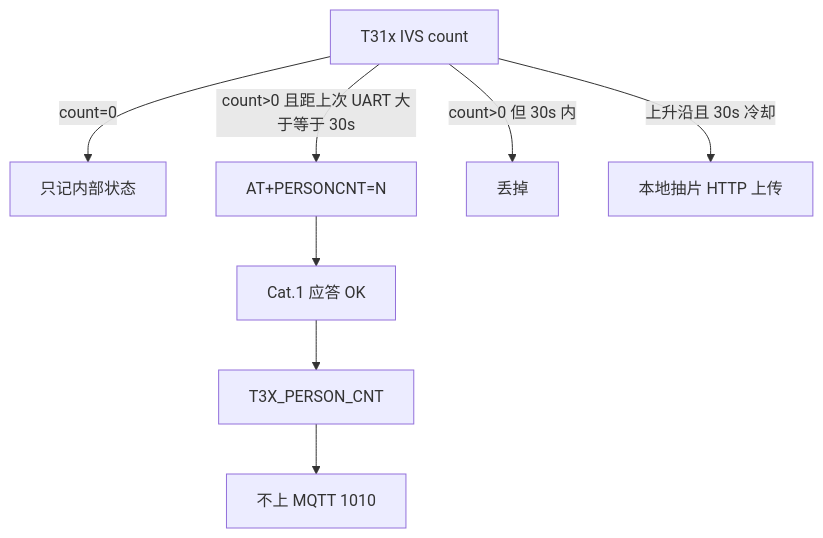
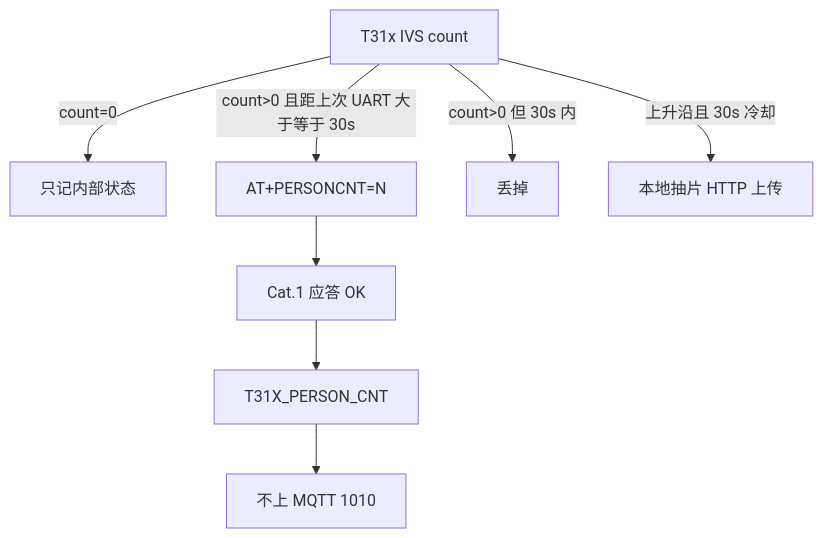
One commit to dzr1986/AIR780EHM changed the diagram in doc/PERSON_CNT_UART_MQTT_FLOW.md. Above: the diagram before and after it, drawn with Mermaid. The commit also changed other lines of this file and 402 other files, not shown here.

````diff
--- a/doc/PERSON_CNT_UART_MQTT_FLOW.md
+++ b/doc/PERSON_CNT_UART_MQTT_FLOW.md
@@ -67,10 +67,10 @@
 ```mermaid
 flowchart TD
   IVS[T31x IVS count] -->|count=0| HOLD[只记内部状态]
   IVS -->|count>0 且距上次 UART 大于等于 30s| UART["AT+PERSONCNT=N"]
   IVS -->|count>0 但 30s 内| DROP[丢掉]
   UART --> CAT1[Cat.1 应答 OK]
-  CAT1 --> EVT[T3X_PERSON_CNT]
+  CAT1 --> EVT[T31X_PERSON_CNT]
   EVT --> NOMQTT[不上 MQTT 1010]
   IVS -->|上升沿且 30s 冷却| CLIP[本地抽片 HTTP 上传]
 ```
````
